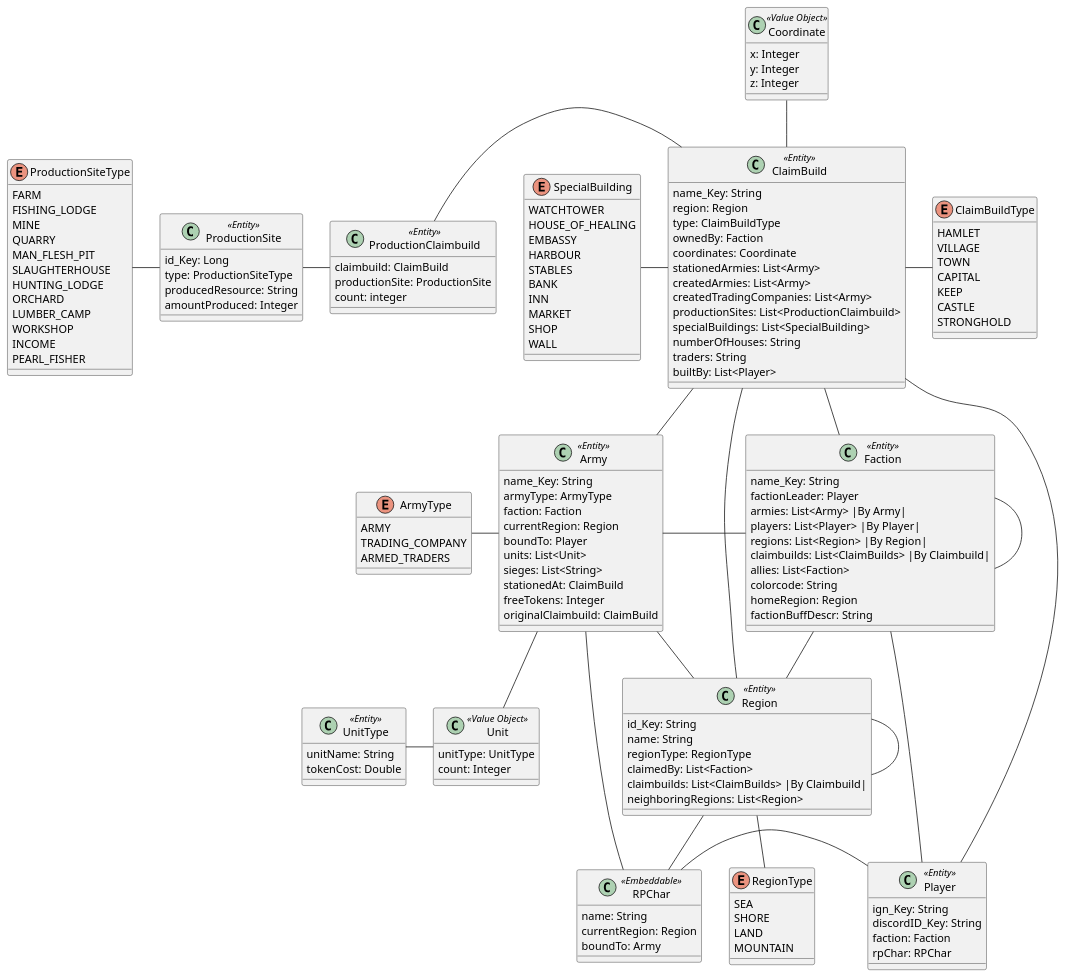
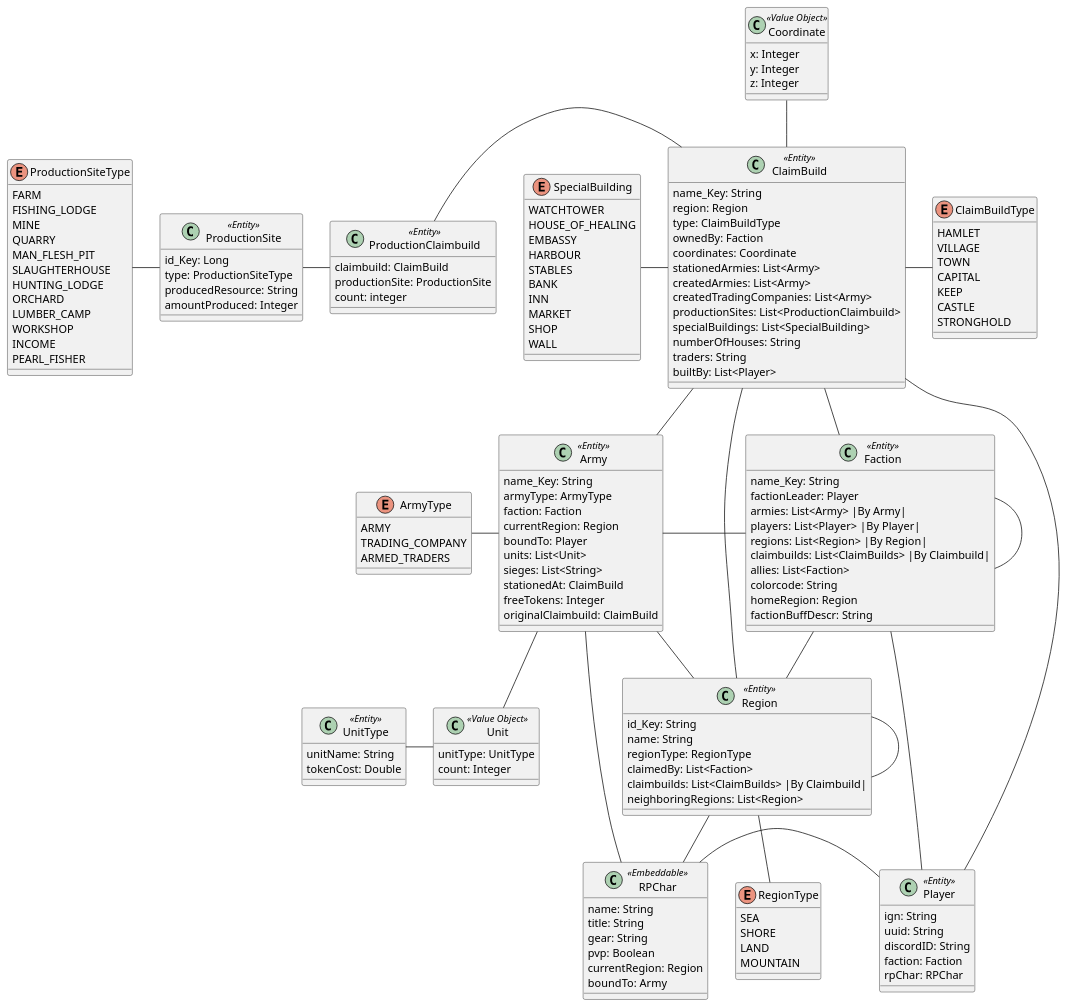
Before and after one commit to Team-KekX/Ardas-Legends-App: the diagram in ALSpringBackend/src/main/puml/ArdasLegendsDomain.puml, drawn with PlantUML. The commit also changed 56 other files, not shown here.

```diff
--- a/ALSpringBackend/src/main/puml/ArdasLegendsDomain.puml
+++ b/ALSpringBackend/src/main/puml/ArdasLegendsDomain.puml
@@ -1,179 +1,183 @@
 @startuml
 class Region <<Entity>> {
     id_Key: String
     name: String
     regionType: RegionType
     claimedBy: List<Faction>
     claimbuilds: List<ClaimBuilds> |By Claimbuild|
     neighboringRegions: List<Region>
 }
 
 enum RegionType {
     SEA
     SHORE
     LAND
     MOUNTAIN
 }
 
 class ClaimBuild <<Entity>> {
     name_Key: String
     region: Region
     type: ClaimBuildType
     ownedBy: Faction
     coordinates: Coordinate
     stationedArmies: List<Army>
     createdArmies: List<Army>
     createdTradingCompanies: List<Army>
     productionSites: List<ProductionClaimbuild>
     specialBuildings: List<SpecialBuilding>
     numberOfHouses: String
     traders: String
     builtBy: List<Player>
 }
 
 enum ClaimBuildType {
     HAMLET
     VILLAGE
     TOWN
     CAPITAL
     KEEP
     CASTLE
     STRONGHOLD
 }
 
 class Faction <<Entity>> {
     name_Key: String
     factionLeader: Player
     armies: List<Army> |By Army|
     players:  List<Player> |By Player|
     regions: List<Region> |By Region|
     claimbuilds: List<ClaimBuilds> |By Claimbuild|
     allies: List<Faction>
     colorcode: String
     homeRegion: Region
     factionBuffDescr: String
 }
 
 class Player <<Entity>> {
-    ign_Key: String
-    discordID_Key: String
+    ign: String
+    uuid: String
+    discordID: String
     faction: Faction
     rpChar: RPChar
 }
 
 class RPChar <<Embeddable>> {
     name: String
+    title: String
+    gear: String
+    pvp: Boolean
     currentRegion: Region
     boundTo: Army
 }
 
 class Coordinate <<Value Object>> {
     x: Integer
     y: Integer
     z: Integer
 }
 
 class ProductionSite <<Entity>> {
     id_Key: Long
     type: ProductionSiteType
     producedResource: String
     amountProduced: Integer
 }
 
 class ProductionClaimbuild <<Entity>> {
     claimbuild: ClaimBuild
     productionSite: ProductionSite
     count: integer
 }
 
 enum ProductionSiteType {
     FARM
     FISHING_LODGE
     MINE
     QUARRY
     MAN_FLESH_PIT
     SLAUGHTERHOUSE
     HUNTING_LODGE
     ORCHARD
     LUMBER_CAMP
     WORKSHOP
     INCOME
     PEARL_FISHER
 }
 
 enum SpecialBuilding {
     WATCHTOWER
     HOUSE_OF_HEALING
     EMBASSY
     HARBOUR
     STABLES
     BANK
     INN
     MARKET
     SHOP
     WALL
 }
 
 class Army <<Entity>> {
     name_Key: String
     armyType: ArmyType
     faction: Faction
     currentRegion: Region
     boundTo: Player
     units: List<Unit>
     sieges: List<String>
     stationedAt: ClaimBuild
     freeTokens: Integer
     originalClaimbuild: ClaimBuild
 }
 
 enum ArmyType {
     ARMY
     TRADING_COMPANY
     ARMED_TRADERS
 }
 
 class Unit <<Value Object>> {
     unitType: UnitType
     count: Integer
 }
 
 class UnitType <<Entity>> {
     unitName: String
     tokenCost: Double
 }
 
 Region -  ClaimBuild
 Region - Region
 Region -down- RPChar
 RegionType -up- Region
 
 Faction -down- Region
 Faction -right Player
 Faction -left Army
 Faction -up- ClaimBuild
 Faction - Faction
 
 ClaimBuild - Player
 ClaimBuild -right- ClaimBuildType
 ClaimBuild -up- Coordinate
 ClaimBuild - Army
 
 ProductionSite - ProductionClaimbuild
 ProductionClaimbuild - ClaimBuild
 SpecialBuilding - ClaimBuild
 
 ProductionSite -left- ProductionSiteType
 
 
 RPChar - Player
 
 Army -down- Unit
 Army - Region
 Army - RPChar
 
 ArmyType - Army
 
 UnitType - Unit
 
 @enduml
```
